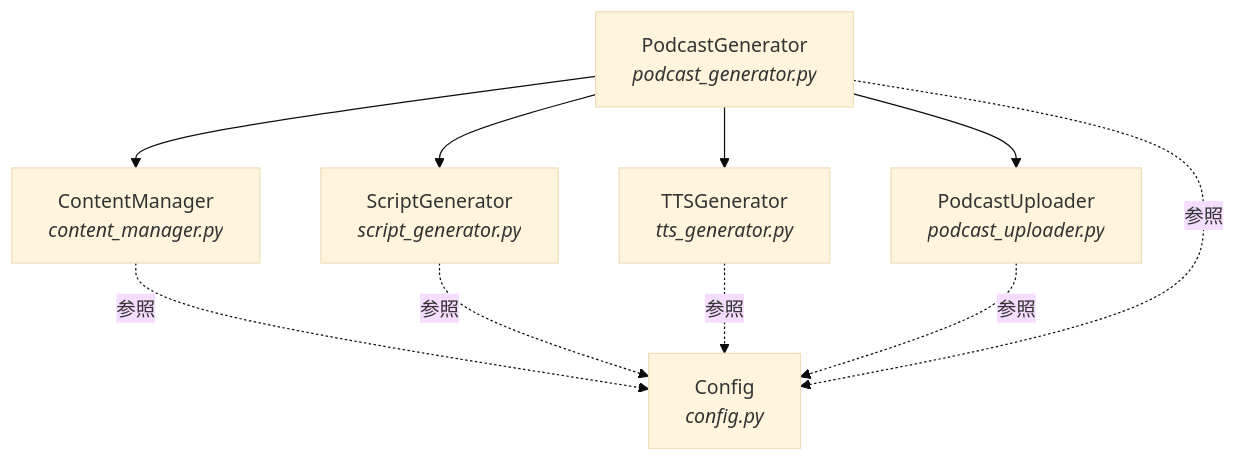
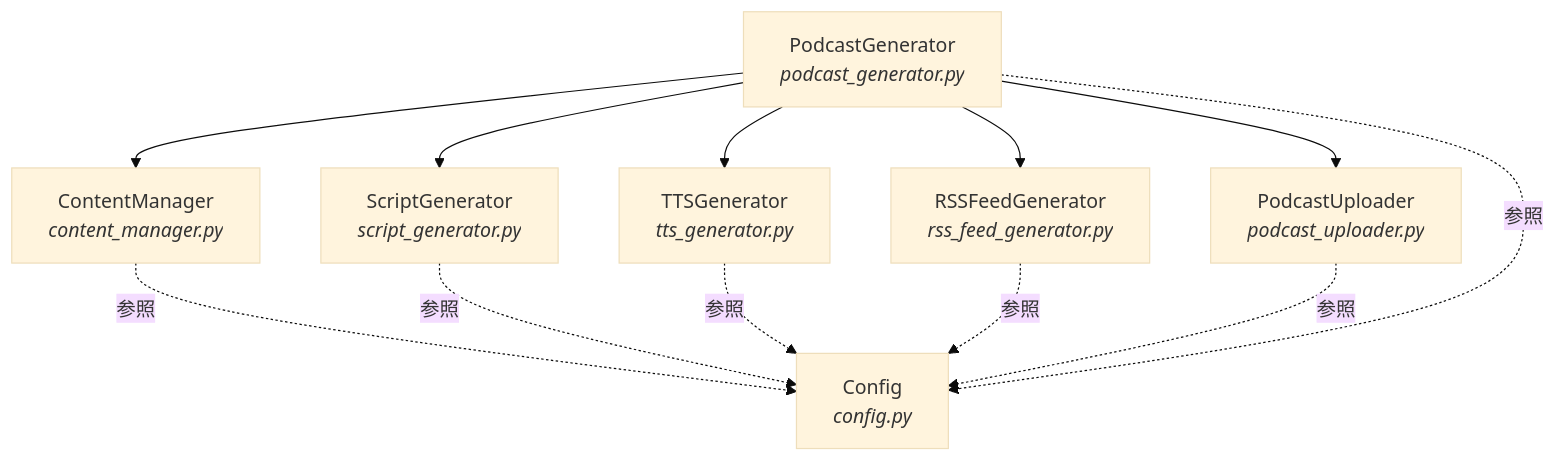
One commit to necoha/auto-podcast changed the second of 4 diagrams in docs/HLD.md. Above: the diagram before and after it, drawn with Mermaid (base theme). The commit also changed other lines of this file and 7 other files, not shown here.

````diff
--- a/docs/HLD.md
+++ b/docs/HLD.md
@@ -59,20 +60,23 @@
 ```mermaid
 graph TD
     PG["PodcastGenerator<br/><i>podcast_generator.py</i>"]
     CM["ContentManager<br/><i>content_manager.py</i>"]
     SG["ScriptGenerator<br/><i>script_generator.py</i>"]
     TTS["TTSGenerator<br/><i>tts_generator.py</i>"]
+    RGEN["RSSFeedGenerator<br/><i>rss_feed_generator.py</i>"]
     UP["PodcastUploader<br/><i>podcast_uploader.py</i>"]
     CFG["Config<br/><i>config.py</i>"]
 
     PG --> CM
     PG --> SG
     PG --> TTS
+    PG --> RGEN
     PG --> UP
 
     CM -.->|参照| CFG
     SG -.->|参照| CFG
     TTS -.->|参照| CFG
+    RGEN -.->|参照| CFG
     UP -.->|参照| CFG
     PG -.->|参照| CFG
 ```
````
